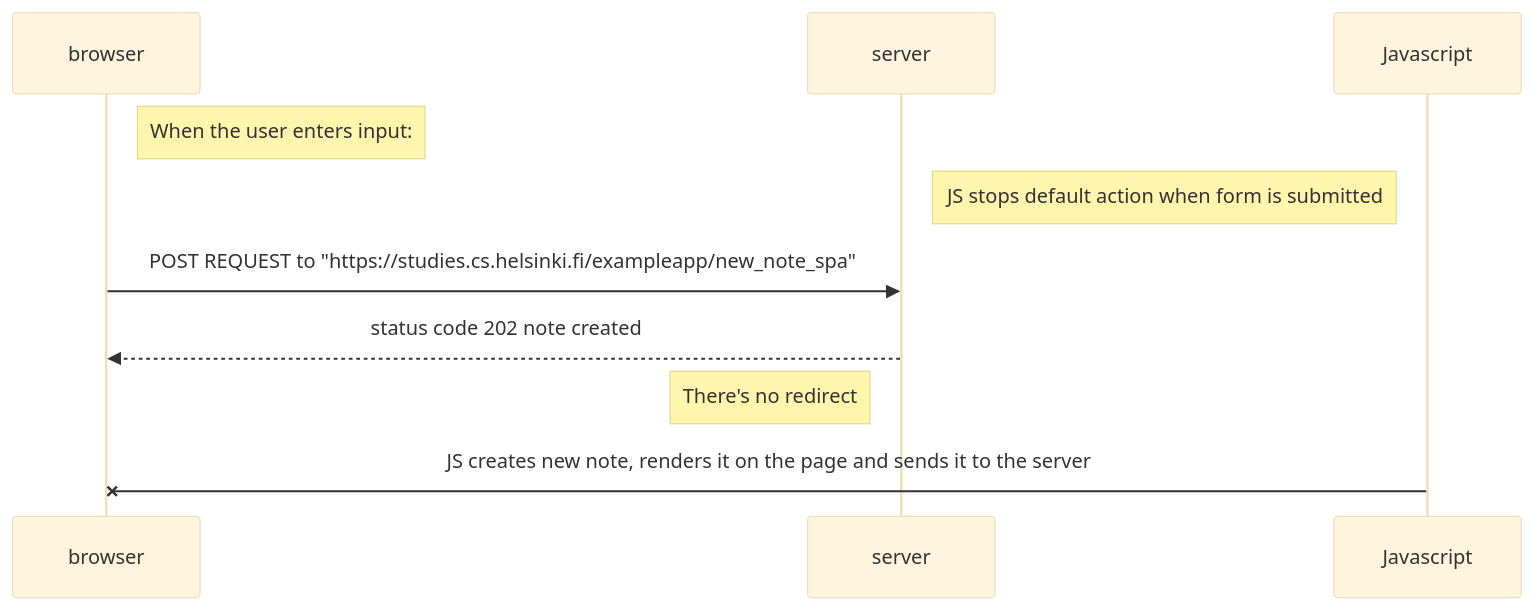
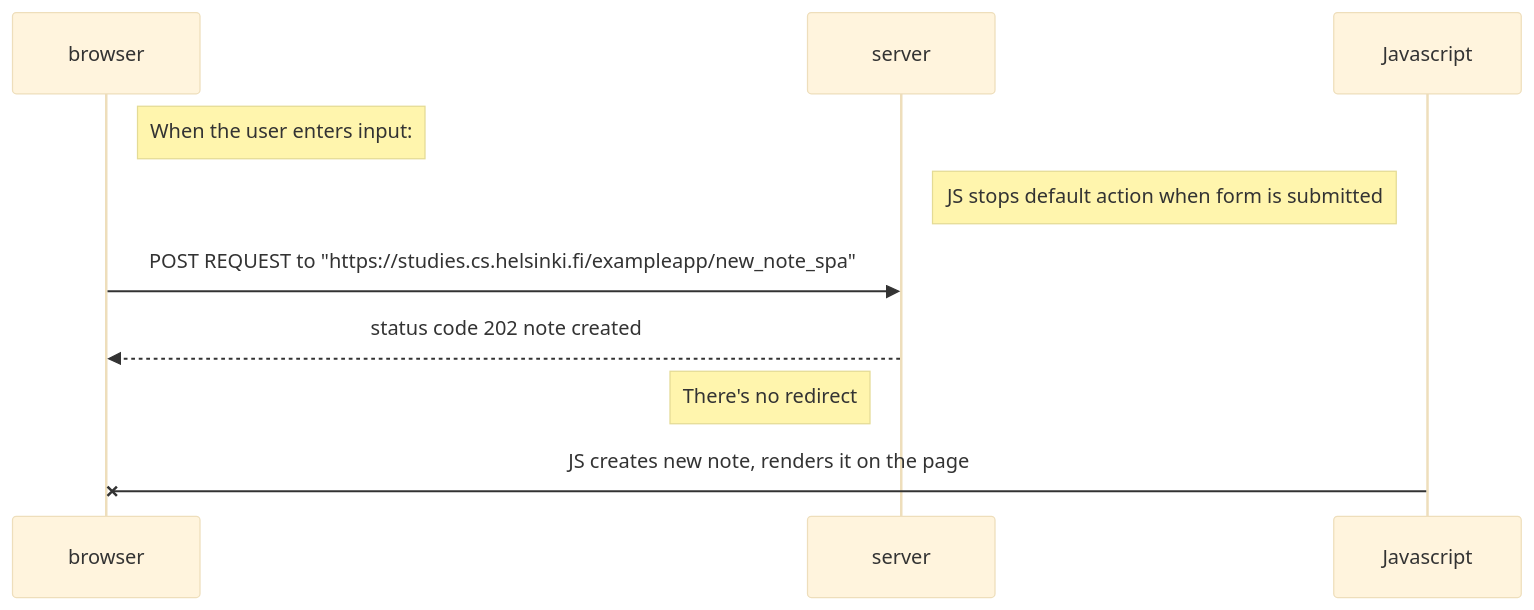
Before and after one commit to LauraA-03/Fullstack-Open-exercises: the diagram in part0/ex06.mmd, drawn with Mermaid (base theme).

```diff
--- a/part0/ex06.mmd
+++ b/part0/ex06.mmd
@@ -1,12 +1,12 @@
 sequenceDiagram
 participant browser
 participant server
 participant Javascript
 
 
 Note right of browser: When the user enters input:
 Note left of Javascript: JS stops default action when form is submitted
 browser ->> server : POST REQUEST to "https://studies.cs.helsinki.fi/exampleapp/new_note_spa"
 server -->> browser : status code 202 note created
 Note left of server: There's no redirect
-Javascript -x browser: JS creates new note, renders it on the page and sends it to the server 
+Javascript -x browser: JS creates new note, renders it on the page  
```
